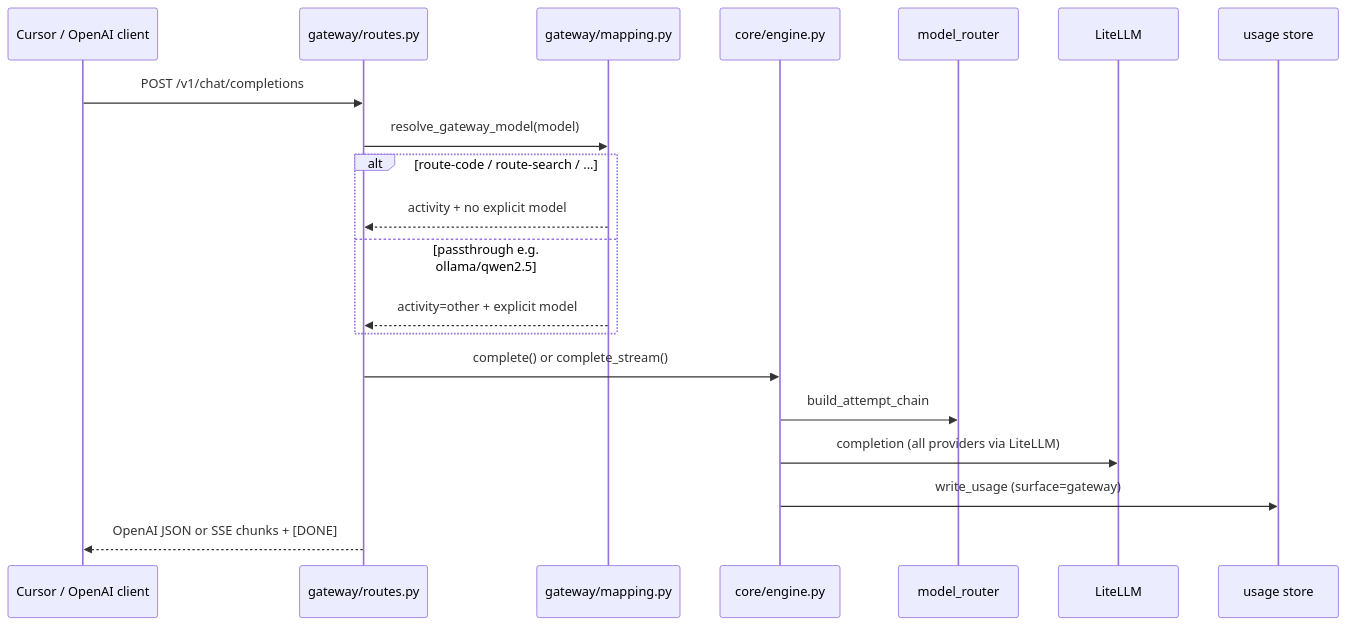
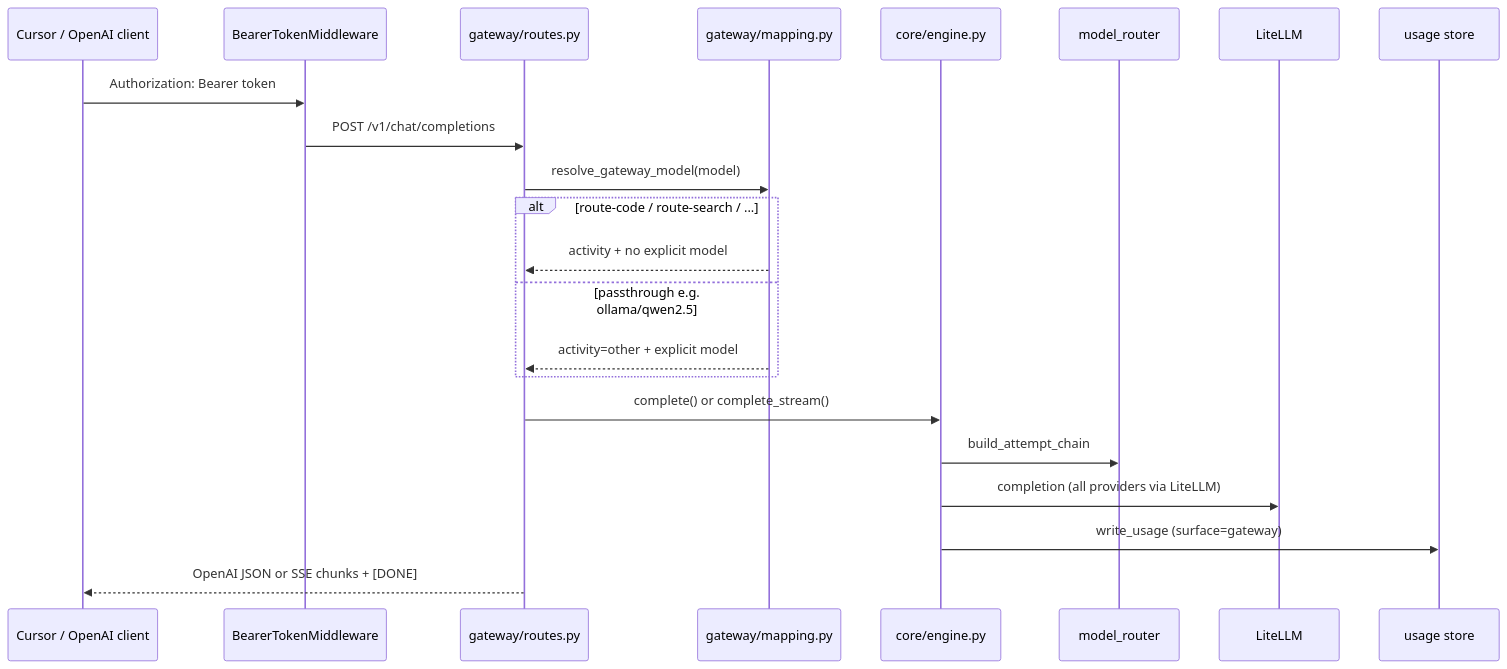
Before and after one commit to Yann-0/ylang: the diagram in docs/gateway.md, drawn with Mermaid. The commit also changed other lines of this file and 2 other files, not shown here.

````diff
--- a/docs/gateway.md
+++ b/docs/gateway.md
@@ -29,23 +151,25 @@
 ```mermaid
 sequenceDiagram
     participant Client as Cursor / OpenAI client
+    participant Auth as BearerTokenMiddleware
     participant GW as gateway/routes.py
     participant Map as gateway/mapping.py
     participant Eng as core/engine.py
     participant Rtr as model_router
     participant LLM as LiteLLM
     participant DB as usage store
 
-    Client->>GW: POST /v1/chat/completions
+    Client->>Auth: Authorization: Bearer token
+    Auth->>GW: POST /v1/chat/completions
     GW->>Map: resolve_gateway_model(model)
     alt route-code / route-search / ...
         Map-->>GW: activity + no explicit model
     else passthrough e.g. ollama/qwen2.5
         Map-->>GW: activity=other + explicit model
     end
     GW->>Eng: complete() or complete_stream()
     Eng->>Rtr: build_attempt_chain
     Eng->>LLM: completion (all providers via LiteLLM)
     Eng->>DB: write_usage (surface=gateway)
     GW-->>Client: OpenAI JSON or SSE chunks + [DONE]
 ```
````
